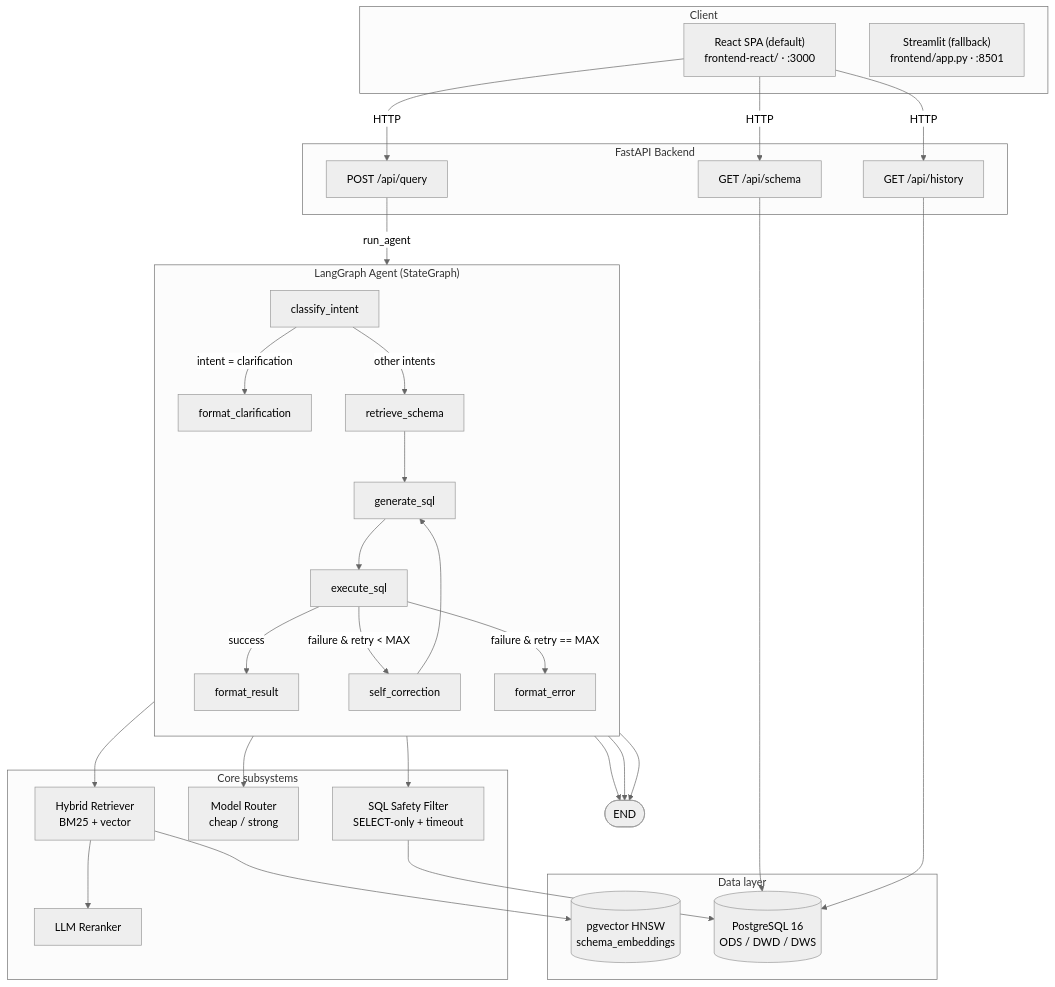
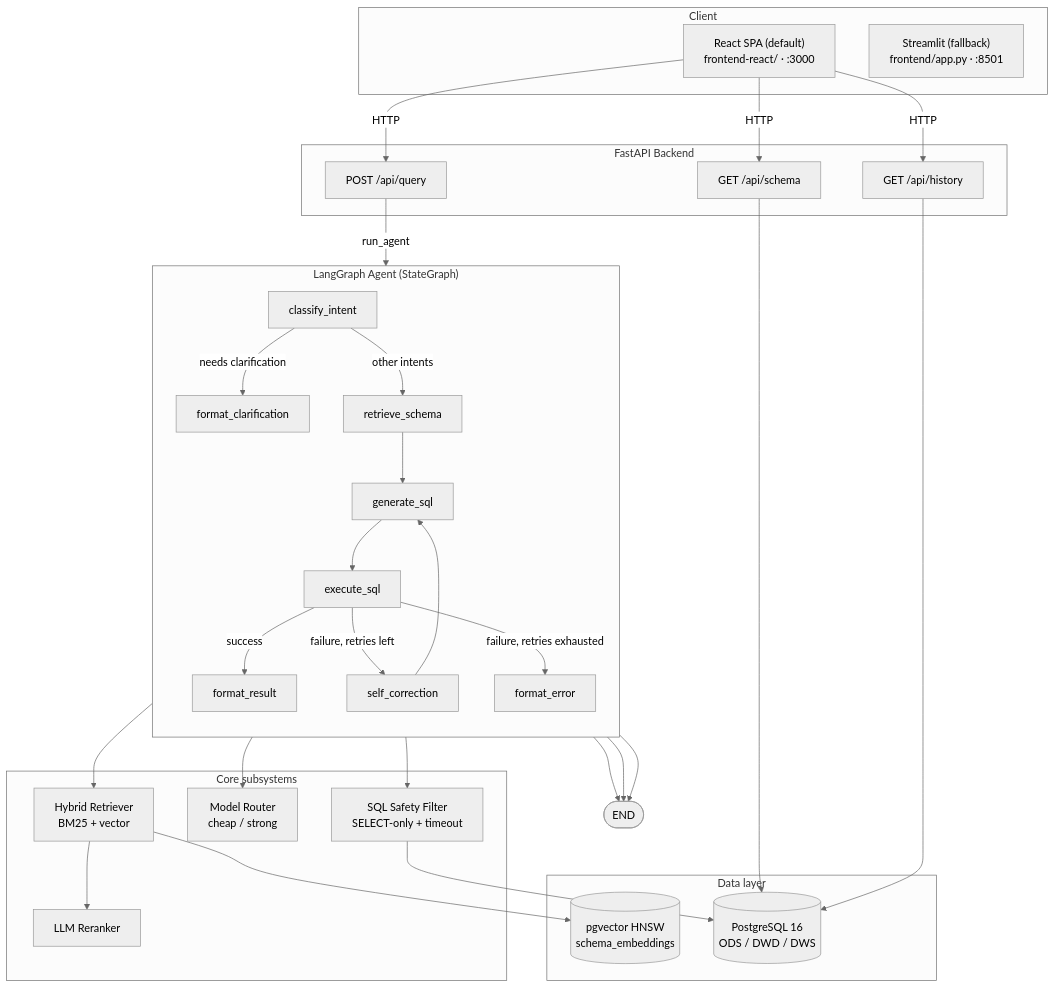
The diagram in README_EN.md (shuheng-mo/Elytra), drawn with Mermaid (neutral theme) before and after one commit. The commit also changed other lines of this file and 52 other files, not shown here.

````diff
--- a/README_EN.md
+++ b/README_EN.md
@@ -83,64 +83,64 @@
 ```mermaid
 flowchart TB
     subgraph Client["Client"]
         UI["React SPA (default)<br/>frontend-react/ · :3000"]
         UI2["Streamlit (fallback)<br/>frontend/app.py · :8501"]
     end
 
     subgraph API["FastAPI Backend"]
         QApi["POST /api/query"]
         SApi["GET /api/schema"]
         HApi["GET /api/history"]
     end
 
     subgraph Agent["LangGraph Agent (StateGraph)"]
         direction TB
         Intent["classify_intent"]
         Clarify["format_clarification"]
         Retrieve["retrieve_schema"]
         Gen["generate_sql"]
         Exec["execute_sql"]
         Correct["self_correction"]
         Result["format_result"]
         Err["format_error"]
 
-        Intent -- "intent = clarification" --> Clarify
+        Intent -- "needs clarification" --> Clarify
         Intent -- "other intents" --> Retrieve
         Retrieve --> Gen
         Gen --> Exec
         Exec -- "success" --> Result
-        Exec -- "failure & retry < MAX" --> Correct
+        Exec -- "failure, retries left" --> Correct
         Correct --> Gen
-        Exec -- "failure & retry == MAX" --> Err
+        Exec -- "failure, retries exhausted" --> Err
     end
 
     subgraph Sub["Core subsystems"]
         Hybrid["Hybrid Retriever<br/>BM25 + vector"]
         Rerank["LLM Reranker"]
         Router["Model Router<br/>cheap / strong"]
         Safety["SQL Safety Filter<br/>SELECT-only + timeout"]
     end
 
     subgraph Data["Data layer"]
         PG[("PostgreSQL 16<br/>ODS / DWD / DWS")]
         Vec[("pgvector HNSW<br/>schema_embeddings")]
     end
 
     UI -->|HTTP| QApi
     UI -->|HTTP| SApi
     UI -->|HTTP| HApi
     QApi -->|run_agent| Intent
     SApi --> PG
     HApi --> PG
 
     Retrieve --> Hybrid
     Hybrid --> Rerank
     Hybrid --> Vec
     Gen --> Router
     Exec --> Safety
     Safety --> PG
 
-    Clarify --> END0(["END"])
-    Result --> END0
-    Err --> END0
+    Clarify --> Done(["END"])
+    Result --> Done
+    Err --> Done
 ```
````
